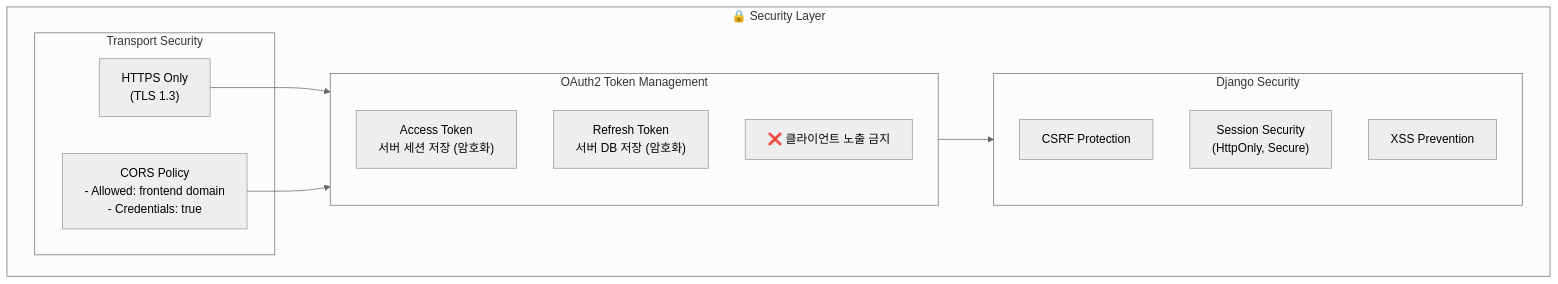
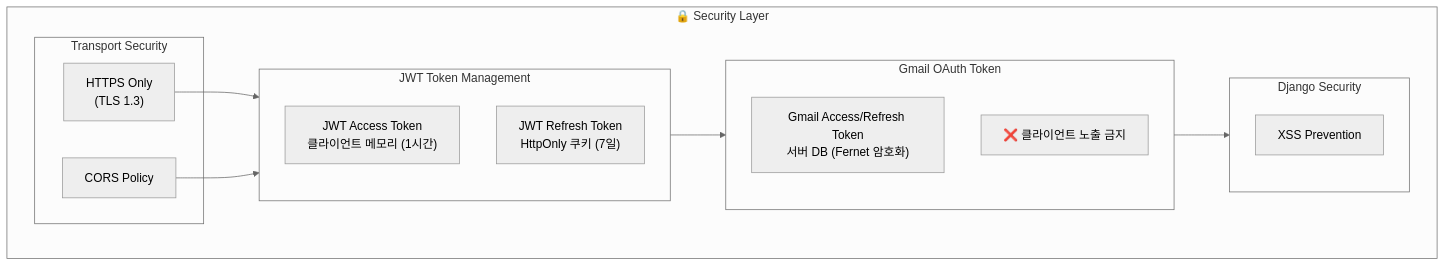
One commit to vibe-coding-hakerton/Pigeon-DOCS changed diagram 11 of 12 in docs/ARCHITECTURE.md. Above: the diagram before and after it, drawn with Mermaid (neutral theme). The commit also changed other lines of this file and 10 other files, not shown here.

````diff
--- a/docs/ARCHITECTURE.md
+++ b/docs/ARCHITECTURE.md
@@ -710,25 +711,29 @@
 ```mermaid
 flowchart TB
     subgraph Security["🔒 Security Layer"]
         subgraph Transport["Transport Security"]
             HTTPS["HTTPS Only<br/>(TLS 1.3)"]
             CORS["CORS Policy<br/>- Allowed: frontend domain<br/>- Credentials: true"]
         end
 
-        subgraph Token["OAuth2 Token Management"]
-            AccessToken["Access Token<br/>서버 세션 저장 (암호화)"]
-            RefreshToken["Refresh Token<br/>서버 DB 저장 (암호화)"]
+        subgraph JWT["JWT Token Management"]
+            AccessToken["JWT Access Token<br/>클라이언트 메모리 (1시간)"]
+            RefreshToken["JWT Refresh Token<br/>HttpOnly 쿠키 (7일)"]
+        end
+
+        subgraph OAuth["Gmail OAuth Token"]
+            GmailToken["Gmail Access/Refresh Token<br/>서버 DB (Fernet 암호화)"]
             NoExpose["❌ 클라이언트 노출 금지"]
         end
 
         subgraph Django["Django Security"]
-            CSRF["CSRF Protection"]
-            Session["Session Security<br/>(HttpOnly, Secure)"]
+            CORS["CORS Policy"]
             XSS["XSS Prevention"]
         end
     end
 
-    HTTPS --> Token
-    CORS --> Token
-    Token --> Django
+    HTTPS --> JWT
+    CORS --> JWT
+    JWT --> OAuth
+    OAuth --> Django
 ```
````
